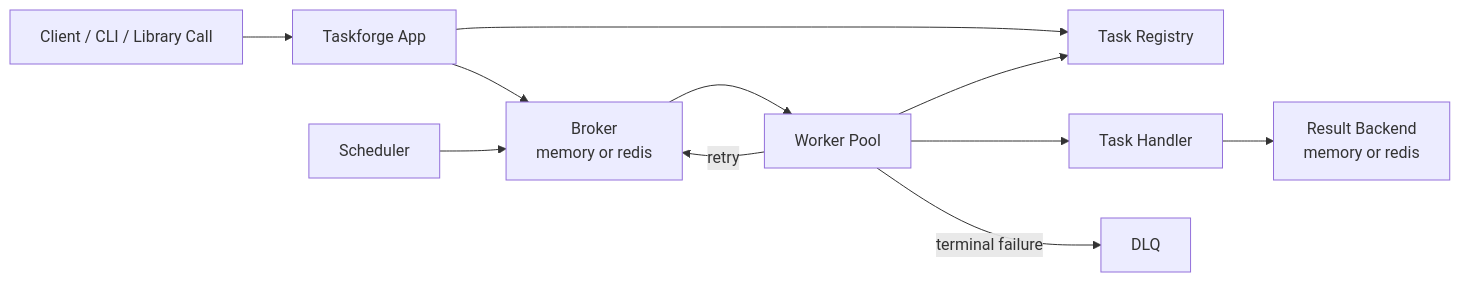
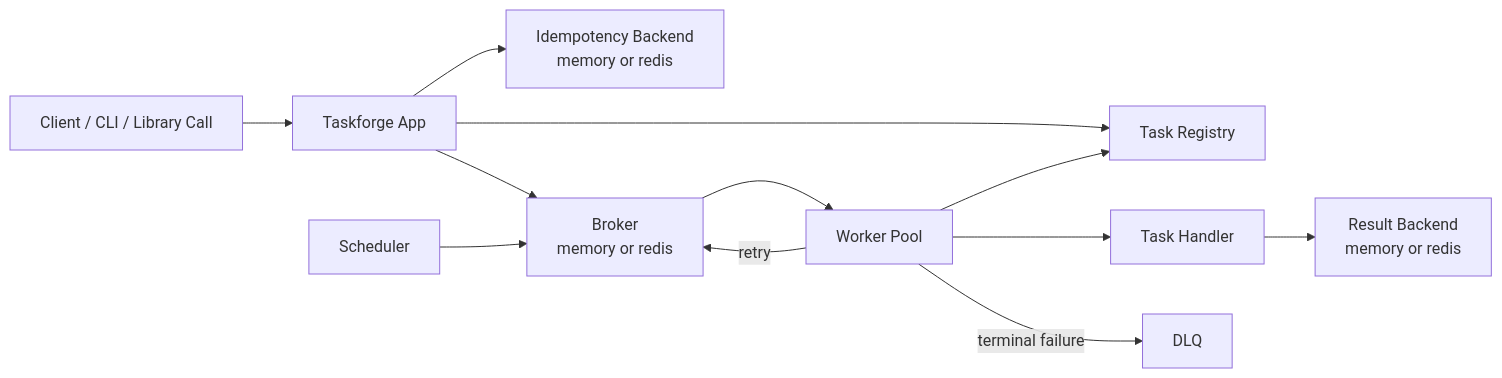
Before and after one commit to OneLastStop529/taskforge: the diagram in WORKFLOW.md, drawn with Mermaid. The commit also changed 14 other files, not shown here.

````diff
--- a/WORKFLOW.md
+++ b/WORKFLOW.md
@@ -5,23 +5,25 @@
 ```mermaid
 flowchart LR
     A[Client / CLI / Library Call]
     B[Taskforge App]
+    J[Idempotency Backend<br/>memory or redis]
     C[Task Registry]
     D[Broker<br/>memory or redis]
     E[Worker Pool]
     F[Task Handler]
     G[Result Backend<br/>memory or redis]
     H[DLQ]
     I[Scheduler]
 
     A --> B
     B --> C
+    B --> J
     B --> D
     I --> D
     D --> E
     E --> C
     E --> F
     F --> G
     E -->|retry| D
     E -->|terminal failure| H
 ```
````
